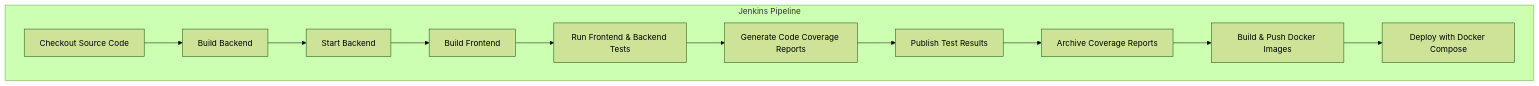
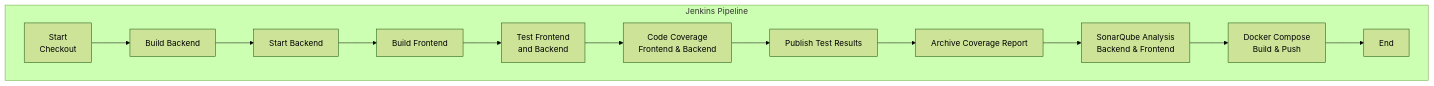
One commit to TonyKarlin/Ohjelmistotuotanto_Projekti_1 changed the diagram in README.md. Above: the diagram before and after it, drawn with Mermaid (forest theme).

Commit message:
updated the general flow of the jenkins pipeline

````diff
--- a/README.md
+++ b/README.md
@@ -161,14 +161,15 @@
 ```mermaid
 flowchart TD
   subgraph "Jenkins Pipeline"
-    A[Checkout Source Code] --> B[Build Backend]
+    A[Start<br>Checkout] --> B[Build Backend]
     B --> C[Start Backend]
     C --> D[Build Frontend]
-    D --> E[Run Frontend & Backend Tests]
-    E --> F[Generate Code Coverage Reports]
+    D --> E[Test Frontend<br>and Backend]
+    E --> F[Code Coverage<br>Frontend & Backend]
     F --> G[Publish Test Results]
-    G --> H[Archive Coverage Reports]
-    H --> I[Build & Push Docker Images]
-    I --> J[Deploy with Docker Compose]
+    G --> H[Archive Coverage Report]
+    H --> I[SonarQube Analysis<br>Backend & Frontend]
+    I --> J[Docker Compose<br>Build & Push]
+    J --> K[End]
   end
 ```
````
